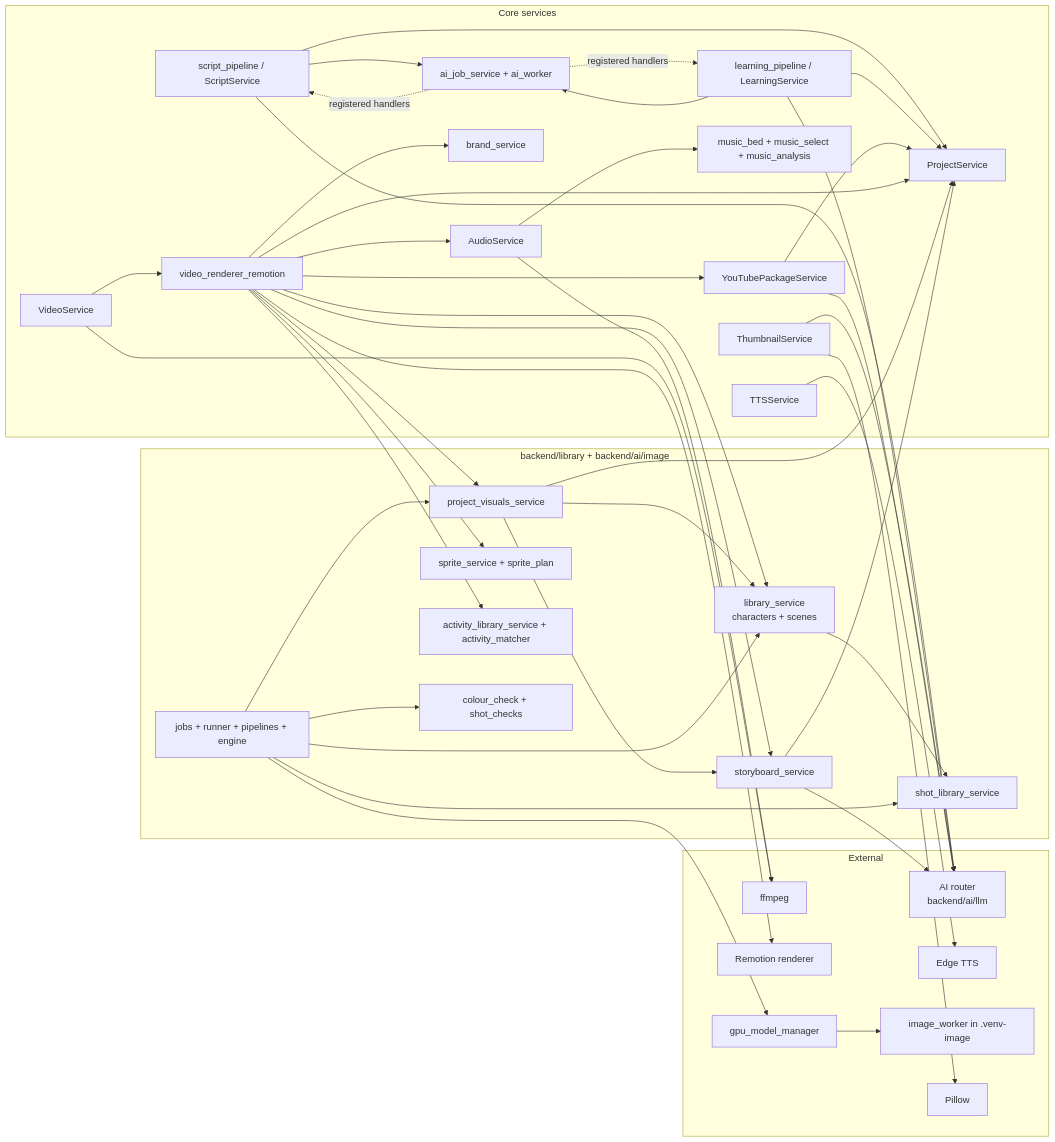
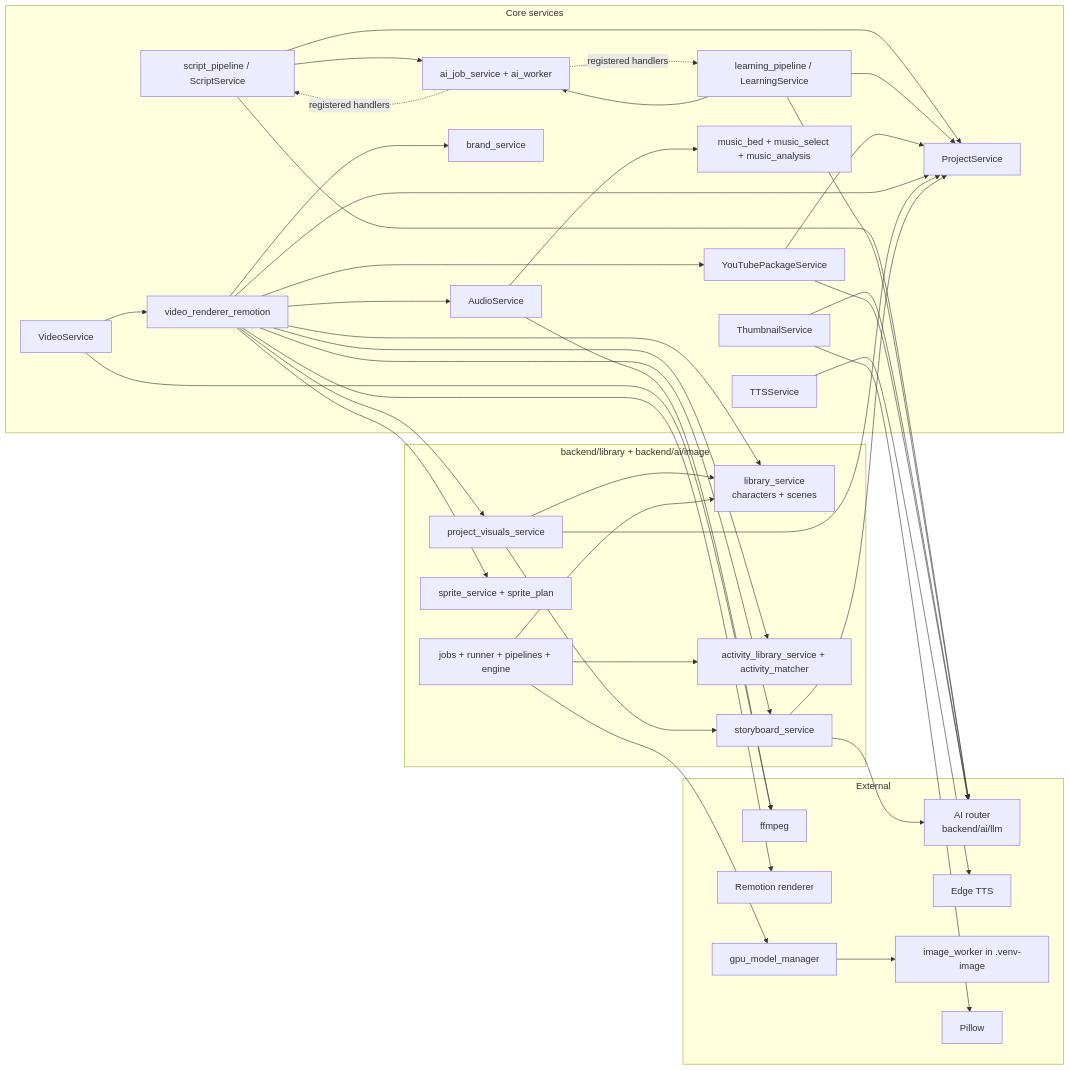
One commit to danghoangsqtt-sys/dailyintelenglish changed the third of 3 diagrams in .viepilot/ARCHITECTURE.md. Above: the diagram before and after it, drawn with Mermaid. The commit also changed other lines of this file and 85 other files, not shown here.

````diff
--- a/.viepilot/ARCHITECTURE.md
+++ b/.viepilot/ARCHITECTURE.md
@@ -181,52 +181,49 @@
 ```mermaid
 graph LR
     subgraph Core["Core services"]
         PS[ProjectService]
         SP[script_pipeline / ScriptService]
         LP[learning_pipeline / LearningService]
         AJ[ai_job_service + ai_worker]
         TS[TTSService]
         AS[AudioService]
         MB[music_bed + music_select + music_analysis]
         VS[VideoService]
         RR[video_renderer_remotion]
         BR[brand_service]
         THS[ThumbnailService]
         YTS[YouTubePackageService]
     end
 
     subgraph Visuals["backend/library + backend/ai/image"]
         LS[library_service\ncharacters + scenes]
         PV[project_visuals_service]
         SB[storyboard_service]
-        SL[shot_library_service]
         SPR[sprite_service + sprite_plan]
         ACT[activity_library_service + activity_matcher]
         IJ[jobs + runner + pipelines + engine]
-        CHK[colour_check + shot_checks]
     end
 
     subgraph External
         GW[AI router\nbackend/ai/llm]
         ET[Edge TTS]
         FF[ffmpeg]
         REM[Remotion renderer]
         GPU[gpu_model_manager]
         IW[image_worker in .venv-image]
         PI[Pillow]
     end
 
     SP & LP & THS & YTS & SB --> GW
     AJ -. registered handlers .-> SP & LP
     SP & LP --> AJ
     TS --> ET
     AS --> FF & MB
     VS --> FF & RR
     RR --> REM & AS & BR & YTS & PV & SB & SPR & ACT & LS
     PV --> LS & SB
-    LS --> SL
-    IJ --> PV & LS & SL & CHK
+    IJ --> LS & ACT
     IJ --> GPU --> IW
     THS --> PI
     SP & LP & YTS & RR & PV & SB --> PS
 ```
````
